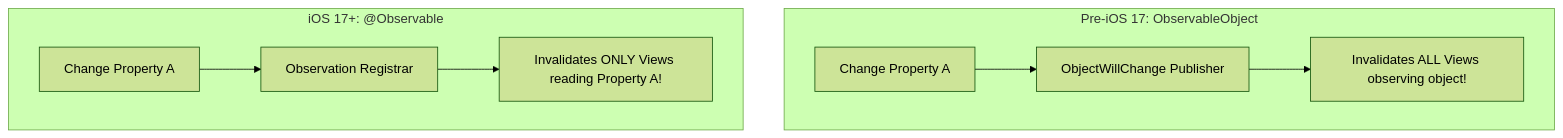
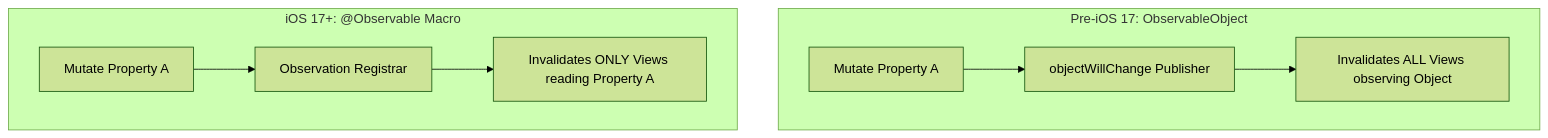
Before and after one commit to vineetsansare/iOSInterviewQnA: the third of 10 diagrams in iOS_Tech_Lead_Prep_Master_Guide.md, drawn with Mermaid (forest theme). The commit also changed other lines of this file and 1 other file, not shown here.

Commit message:
fix: sanitize organization references and fix all Mermaid diagram syntax errors

````diff
--- a/iOS_Tech_Lead_Prep_Master_Guide.md
+++ b/iOS_Tech_Lead_Prep_Master_Guide.md
@@ -141,11 +142,11 @@
 ```mermaid
 flowchart TD
-    subgraph ObservableObject [Pre-iOS 17: ObservableObject]
-        A1[Change Property A] --> B1[ObjectWillChange Publisher]
-        B1 --> C1[Invalidates ALL Views observing object!]
+    subgraph PreiOS17 ["Pre-iOS 17: ObservableObject"]
+        A1["Mutate Property A"] --> B1["objectWillChange Publisher"]
+        B1 --> C1["Invalidates ALL Views observing Object"]
     end
-    subgraph ObservableMacro [iOS 17+: @Observable]
-        A2[Change Property A] --> B2[Observation Registrar]
-        B2 --> C2[Invalidates ONLY Views reading Property A!]
+    subgraph ModernObservation ["iOS 17+: @Observable Macro"]
+        A2["Mutate Property A"] --> B2["Observation Registrar"]
+        B2 --> C2["Invalidates ONLY Views reading Property A"]
     end
 ```
````
